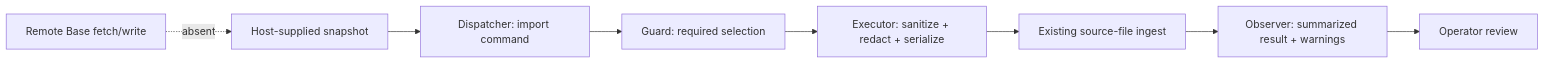
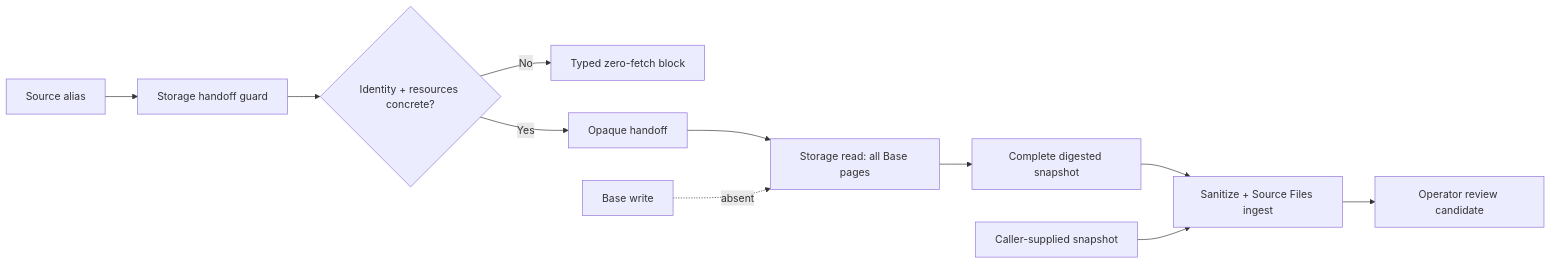
Before and after one commit to huijoohwee/agentic-graph: the first of 2 diagrams in docs/documents/knowgrph-mcp/knowgrph-feishu-base-mcp-prd-tad.md, drawn with Mermaid. The commit also changed other lines of this file and 30 other files, not shown here.

Commit message:
feat(storage): add read-only Lark knowledge ingestion

````diff
--- a/docs/documents/knowgrph-mcp/knowgrph-feishu-base-mcp-prd-tad.md
+++ b/docs/documents/knowgrph-mcp/knowgrph-feishu-base-mcp-prd-tad.md
@@ -174,10 +277,13 @@
 ```mermaid
 flowchart LR
-    A["Host-supplied snapshot"] --> B["Dispatcher: import command"]
-    B --> C["Guard: required selection"]
-    C --> D["Executor: sanitize + redact + serialize"]
-    D --> E["Existing source-file ingest"]
-    E --> F["Observer: summarized result + warnings"]
-    F --> G["Operator review"]
-    H["Remote Base fetch/write"] -. "absent" .-> A
+    A["Source alias"] --> B["Storage handoff guard"]
+    B --> C{"Identity + resources concrete?"}
+    C -->|No| D["Typed zero-fetch block"]
+    C -->|Yes| E["Opaque handoff"]
+    E --> F["Storage read: all Base pages"]
+    F --> G["Complete digested snapshot"]
+    G --> H["Sanitize + Source Files ingest"]
+    I["Caller-supplied snapshot"] --> H
+    H --> J["Operator review candidate"]
+    K["Base write"] -. "absent" .-> F
 ```
````
